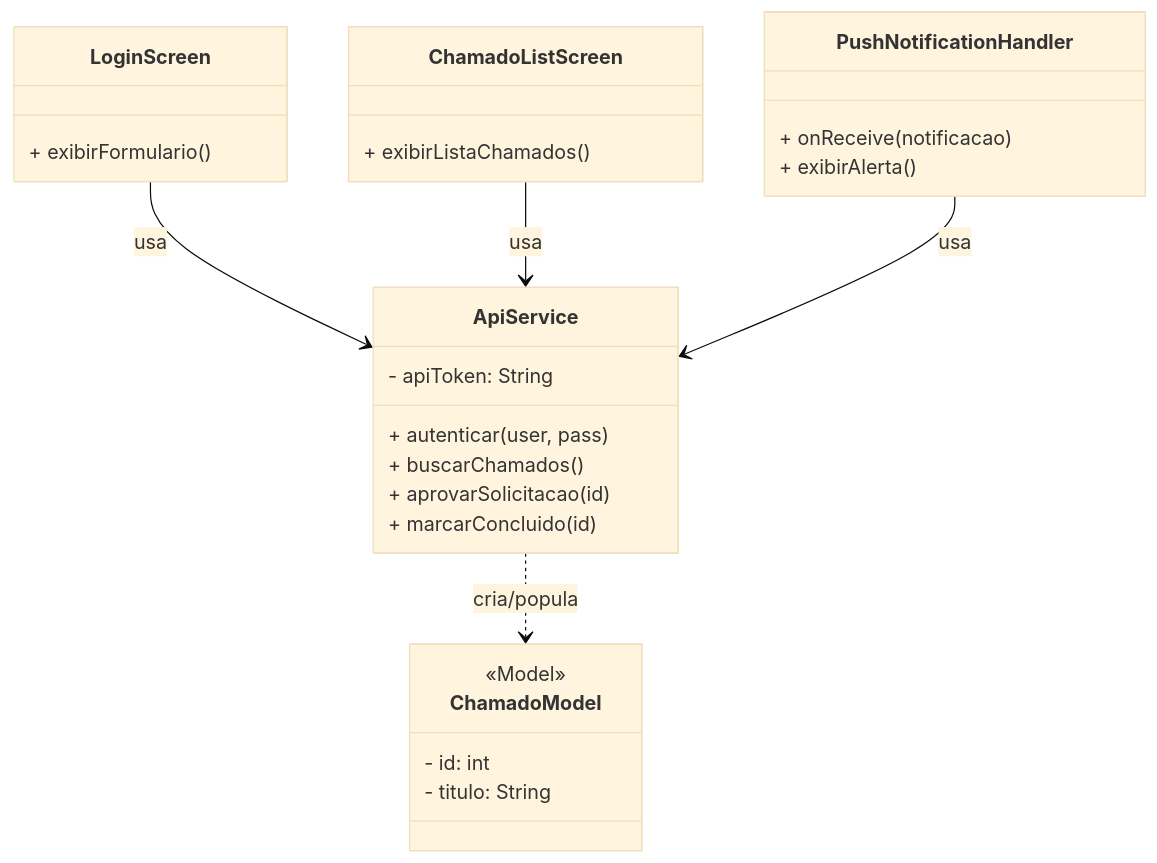
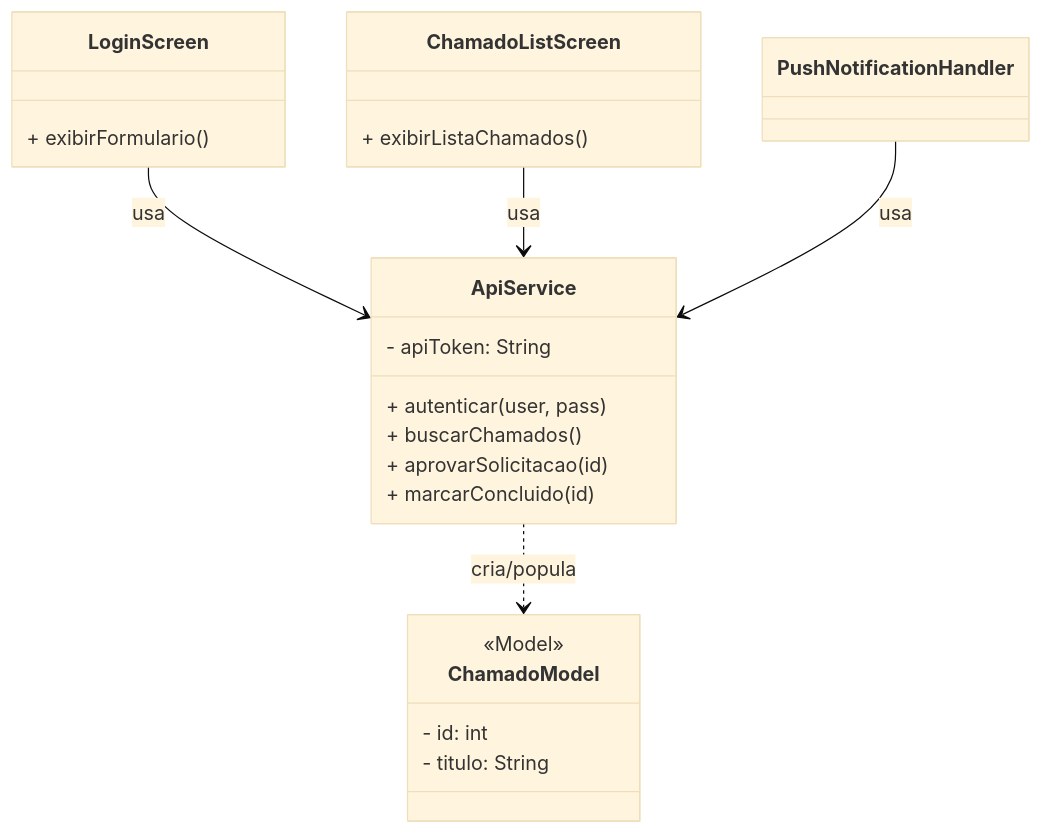
Before and after one commit to CordeiroGente/Backroom: the third of 3 diagrams in Documentação/Diagramas/Diagrama de Classe.md, drawn with Mermaid (base theme).

Commit message:
Update Diagrama de Classe.md

````diff
--- a/Documentação/Diagramas/Diagrama de Classe.md
+++ b/Documentação/Diagramas/Diagrama de Classe.md
@@ -55,36 +55,31 @@
 ```mermaid
 classDiagram
     direction TB
 
     class LoginScreen {
         + exibirFormulario()
     }
 
     class ChamadoListScreen {
         + exibirListaChamados()
-    }
-    
-    class PushNotificationHandler {
-        + onReceive(notificacao)
-        + exibirAlerta()
     }
 
     class ApiService {
         - apiToken: String
         + autenticar(user, pass)
         + buscarChamados()
         + aprovarSolicitacao(id)
         + marcarConcluido(id)
     }
 
     class ChamadoModel {
         <<Model>>
         - id: int
         - titulo: String
     }
 
     LoginScreen --> ApiService : usa
     ChamadoListScreen --> ApiService : usa
     PushNotificationHandler --> ApiService : usa
     ApiService ..> ChamadoModel : cria/popula
 ```
````
